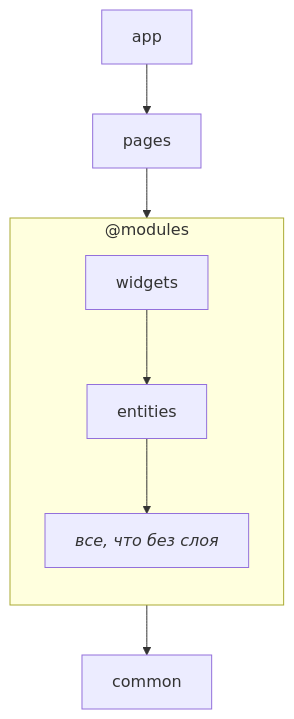
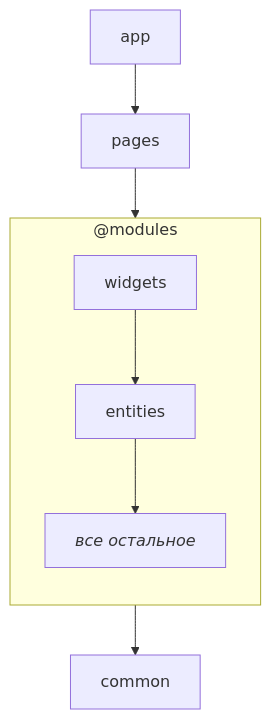
One commit to jt4d-lab/weld changed the fifth of 5 diagrams in docs/core-concepts/modules.md. Above: the diagram before and after it, drawn with Mermaid. The commit also changed other lines of this file, not shown here.

````diff
--- a/docs/core-concepts/modules.md
+++ b/docs/core-concepts/modules.md
@@ -146,12 +148,12 @@
 ```mermaid
 flowchart TB
     app --> pages --> widgets --> entities --> custom --> common
 
     subgraph modules["@modules"]
         direction TB
 
         widgets
         entities
-        custom["`_все, что без слоя_`"]
+        custom["`_все остальное_`"]
     end
 ```
````
